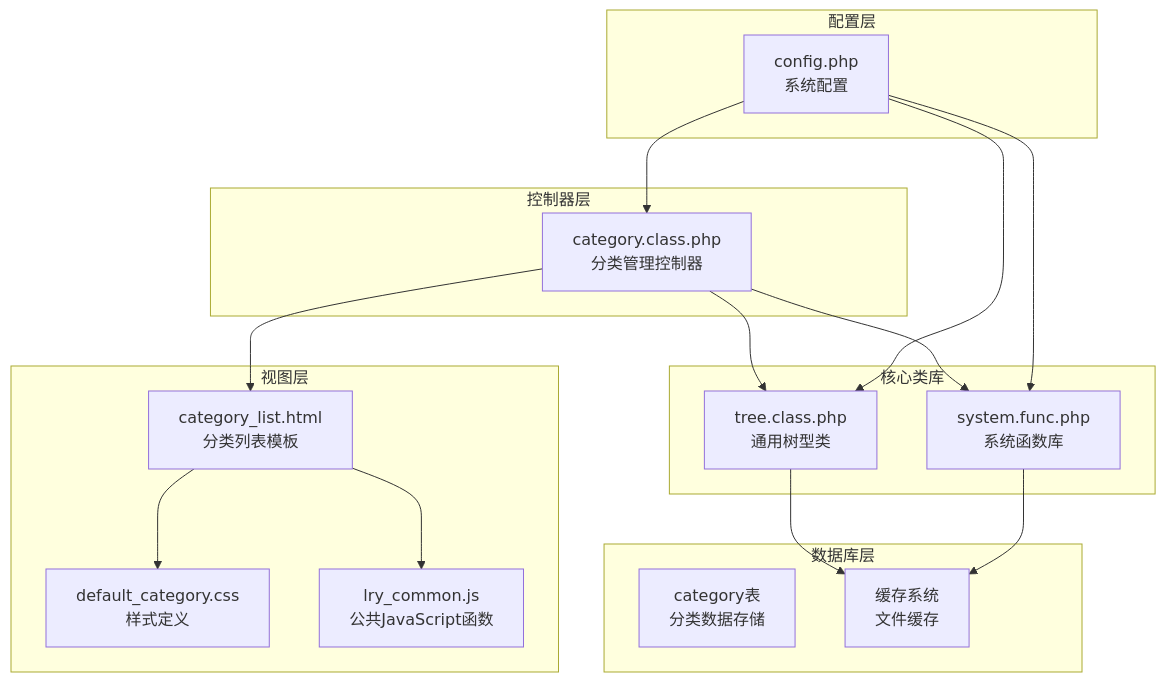
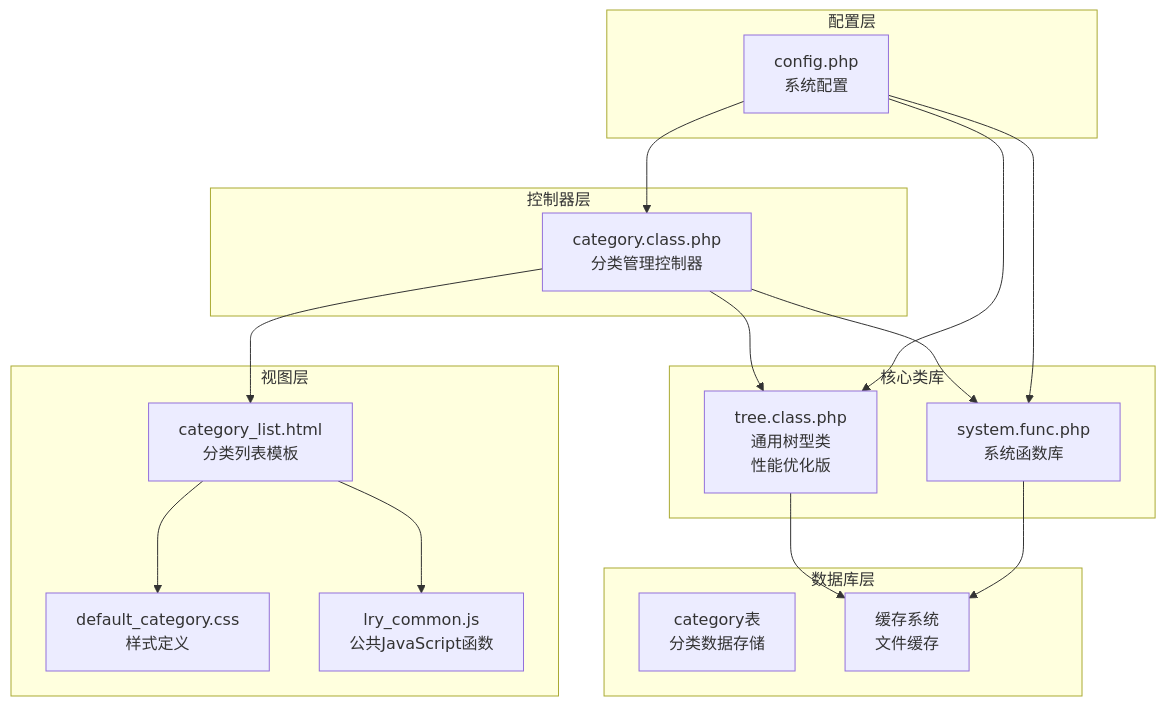
Before and after one commit to lirongyaoper/lryblog.com: the first of 7 diagrams in .qoder/repowiki/zh/content/后台管理模块/分类管理/分类树形结构管理.md, drawn with Mermaid. The commit also changed other lines of this file and 3 other files, not shown here.

````diff
--- a/.qoder/repowiki/zh/content/后台管理模块/分类管理/分类树形结构管理.md
+++ b/.qoder/repowiki/zh/content/后台管理模块/分类管理/分类树形结构管理.md
@@ -43,32 +44,32 @@
 ```mermaid
 graph TB
 subgraph "控制器层"
 A[category.class.php<br/>分类管理控制器]
 end
 subgraph "视图层"
 B[category_list.html<br/>分类列表模板]
 C[default_category.css<br/>样式定义]
 D[lry_common.js<br/>公共JavaScript函数]
 end
 subgraph "核心类库"
-E[tree.class.php<br/>通用树型类]
+E[tree.class.php<br/>通用树型类<br/>性能优化版]
 F[system.func.php<br/>系统函数库]
 end
 subgraph "配置层"
 G[config.php<br/>系统配置]
 end
 subgraph "数据库层"
 H[category表<br/>分类数据存储]
 I[缓存系统<br/>文件缓存]
 end
 A --> B
 A --> E
 A --> F
 B --> C
 B --> D
 E --> I
 F --> I
 G --> A
 G --> E
 G --> F
 ```
````
